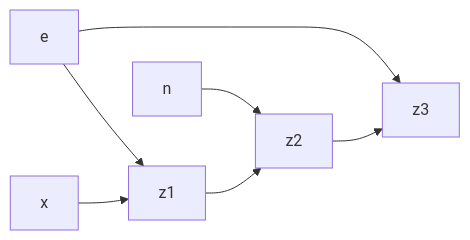
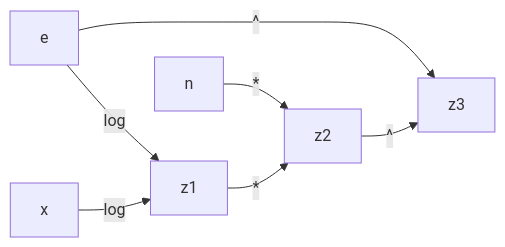
Before and after one commit to SuperSamus/appunti-universitari: the fourth of 6 diagrams in trash/Calcolo numerico/Esercizi errore.md, drawn with Mermaid. The commit also changed other lines of this file, not shown here.

````diff
--- a/trash/Calcolo numerico/Esercizi errore.md
+++ b/trash/Calcolo numerico/Esercizi errore.md
@@ -39,9 +39,9 @@
 ```mermaid
 flowchart LR
-e --> z3
-z2 --> z3
-x --> z1
-e --> z1
-n --> z2
-z1 --> z2
+e -- ^ --> z3
+z2 -- ^ --> z3
+x -- log --> z1
+e -- log --> z1
+n -- * --> z2
+z1 -- * --> z2
 ```
````
